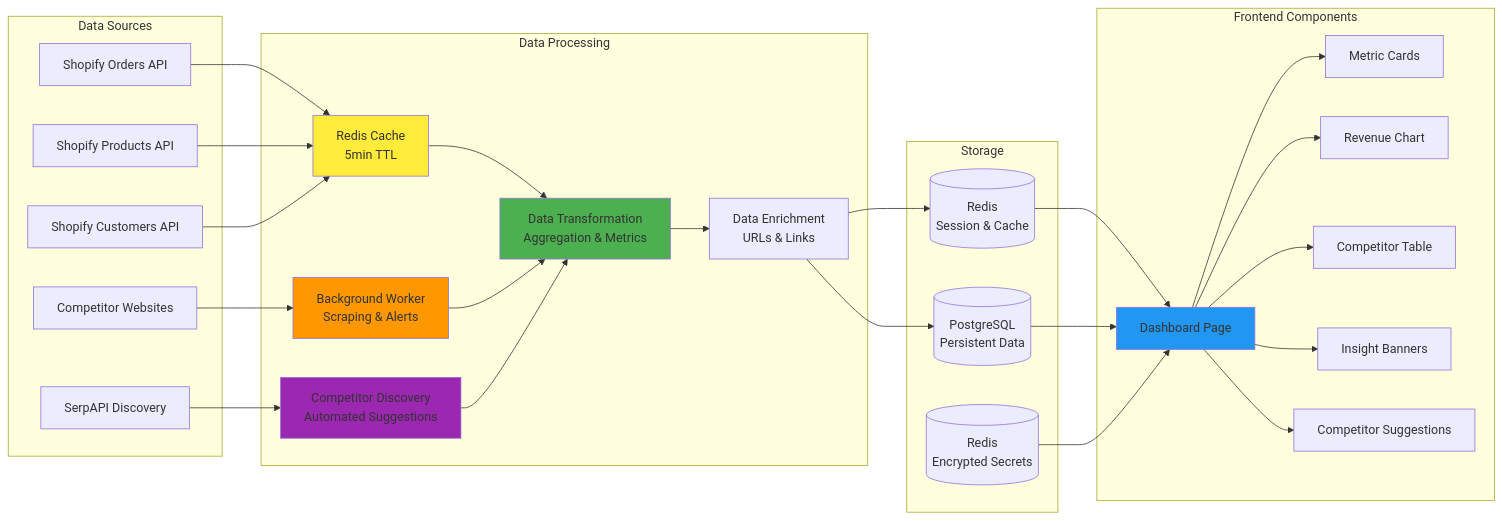
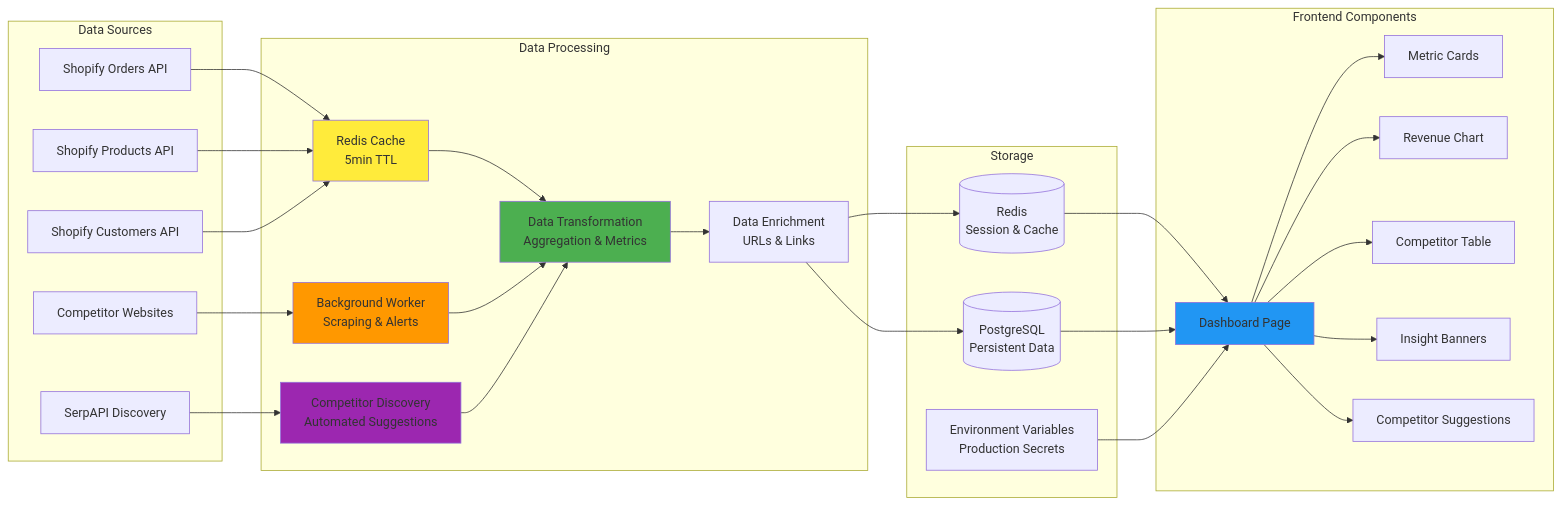
Before and after one commit to teja230/storesight: the third of 3 diagrams in README.md, drawn with Mermaid. The commit also changed other lines of this file and 2 other files, not shown here.

Commit message:
Add comprehensive README for StoreSight backend and frontend, detailing architecture, features, setup, and deployment

````diff
--- a/README.md
+++ b/README.md
@@ -151,61 +155,61 @@
 ```mermaid
 graph LR
     subgraph "Data Sources"
         S1[Shopify Orders API]
         S2[Shopify Products API]
         S3[Shopify Customers API]
         S4[Competitor Websites]
         S5[SerpAPI Discovery]
     end
     
     subgraph "Data Processing"
         Cache[Redis Cache<br/>5min TTL]
         Transform[Data Transformation<br/>Aggregation & Metrics]
         Enrich[Data Enrichment<br/>URLs & Links]
         Worker[Background Worker<br/>Scraping & Alerts]
         Discovery[Competitor Discovery<br/>Automated Suggestions]
     end
     
     subgraph "Storage"
         DB[(PostgreSQL<br/>Persistent Data)]
         Memory[(Redis<br/>Session & Cache)]
-        Secrets[(Redis<br/>Encrypted Secrets)]
+        EnvSecrets[Environment Variables<br/>Production Secrets]
     end
     
     subgraph "Frontend Components"
         Dashboard[Dashboard Page]
         Metrics[Metric Cards]
         Revenue[Revenue Chart]
         Competitors[Competitor Table]
         Insights[Insight Banners]
         Suggestions[Competitor Suggestions]
     end
     
     S1 --> Cache
     S2 --> Cache
     S3 --> Cache
     S4 --> Worker
     S5 --> Discovery
     
     Cache --> Transform
     Transform --> Enrich
     Worker --> Transform
     Discovery --> Transform
     Enrich --> DB
     Enrich --> Memory
     
     Memory --> Dashboard
     DB --> Dashboard
-    Secrets --> Dashboard
+    EnvSecrets --> Dashboard
     Dashboard --> Metrics
     Dashboard --> Revenue
     Dashboard --> Competitors
     Dashboard --> Insights
     Dashboard --> Suggestions
     
     style Cache fill:#ffeb3b
     style Transform fill:#4caf50
     style Worker fill:#ff9800
     style Discovery fill:#9c27b0
     style Dashboard fill:#2196f3
 ```
````
